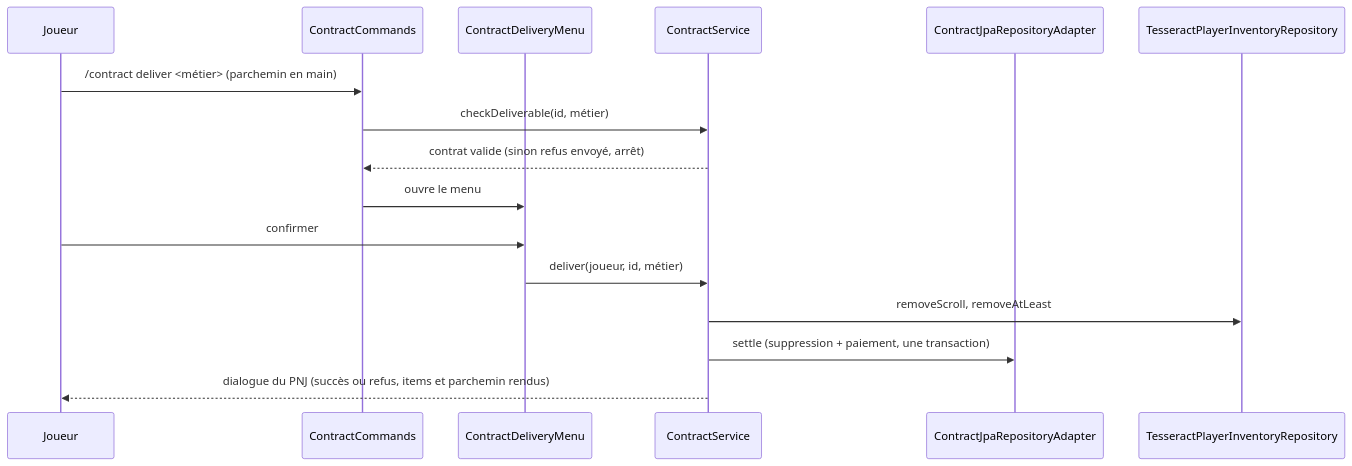
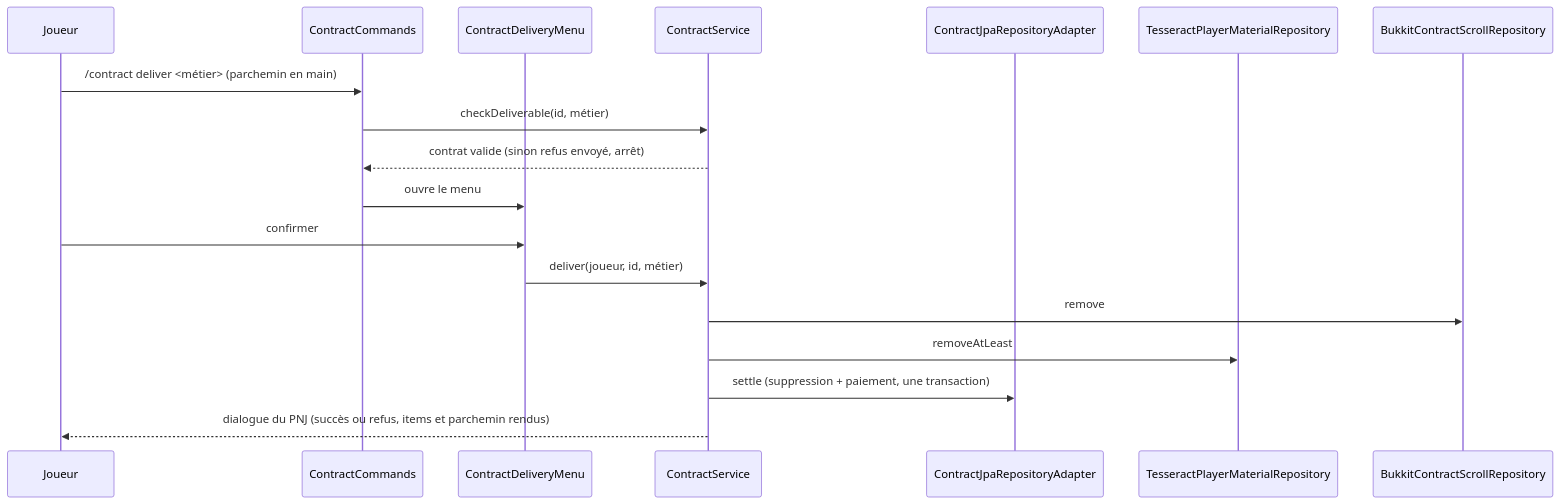
One commit to TesseractFR/TesseractSRP2 changed the fourth of 4 diagrams in contract-adapter/spec/contract-adapter-doc.md. Above: the diagram before and after it, drawn with Mermaid. The commit also changed other lines of this file and 25 other files, not shown here.

````diff
--- a/contract-adapter/spec/contract-adapter-doc.md
+++ b/contract-adapter/spec/contract-adapter-doc.md
@@ -280,18 +286,20 @@
 ```mermaid
 sequenceDiagram
     participant J as Joueur
     participant C as ContractCommands
     participant DM as ContractDeliveryMenu
     participant S as ContractService
     participant DB as ContractJpaRepositoryAdapter
-    participant INV as TesseractPlayerInventoryRepository
+    participant MAT as TesseractPlayerMaterialRepository
+    participant SCR as BukkitContractScrollRepository
     J->>C: /contract deliver <métier> (parchemin en main)
     C->>S: checkDeliverable(id, métier)
     S-->>C: contrat valide (sinon refus envoyé, arrêt)
     C->>DM: ouvre le menu
     J->>DM: confirmer
     DM->>S: deliver(joueur, id, métier)
-    S->>INV: removeScroll, removeAtLeast
+    S->>SCR: remove
+    S->>MAT: removeAtLeast
     S->>DB: settle (suppression + paiement, une transaction)
     S-->>J: dialogue du PNJ (succès ou refus, items et parchemin rendus)
 ```
````
